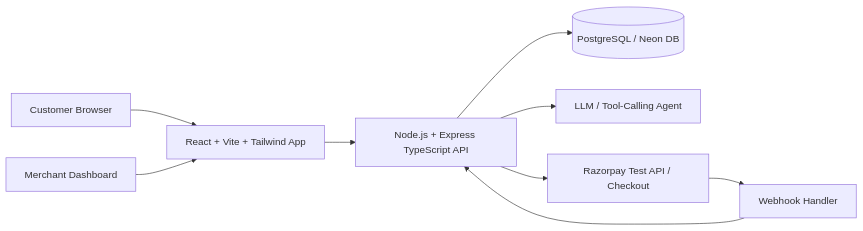
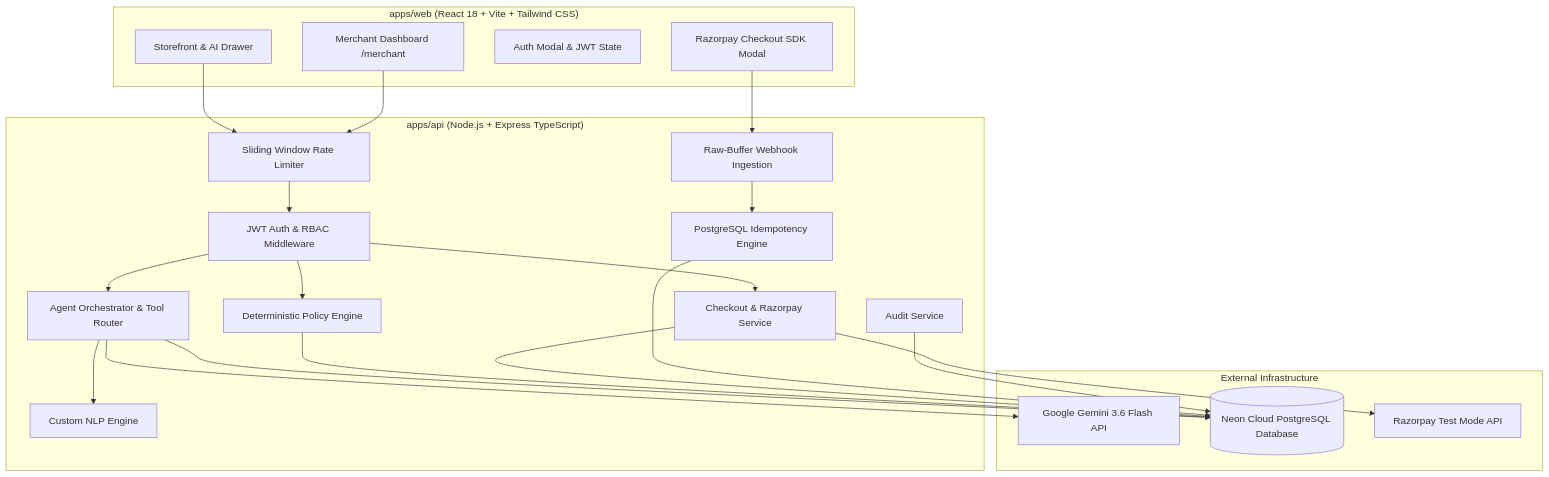
Before and after one commit to aadityathakre/paypilot-ai: the diagram in README.md, drawn with Mermaid. The commit also changed other lines of this file and 1 other file, not shown here.

Commit message:
docs(phase10): publish complete engineering documentation, API reference & release tag

````diff
--- a/README.md
+++ b/README.md
@@ -20,11 +84,44 @@
 ```mermaid
-flowchart LR
-    C[Customer Browser] --> WEB[React + Vite + Tailwind App]
-    M[Merchant Dashboard] --> WEB
-    WEB --> API[Node.js + Express TypeScript API]
-    API --> DB[(PostgreSQL / Neon DB)]
-    API --> AI[LLM / Tool-Calling Agent]
-    API --> RZP[Razorpay Test API / Checkout]
-    RZP --> WH[Webhook Handler]
-    WH --> API
+flowchart TD
+    subgraph Frontend["apps/web (React 18 + Vite + Tailwind CSS)"]
+        UI[Storefront & AI Drawer]
+        MDB[Merchant Dashboard /merchant]
+        AUTH[Auth Modal & JWT State]
+        RZP_SDK[Razorpay Checkout SDK Modal]
+    end
+
+    subgraph Backend["apps/api (Node.js + Express TypeScript)"]
+        RL[Sliding Window Rate Limiter]
+        JWT_MW[JWT Auth & RBAC Middleware]
+        AGENT[Agent Orchestrator & Tool Router]
+        NLP[Custom NLP Engine]
+        POL[Deterministic Policy Engine]
+        CHK[Checkout & Razorpay Service]
+        WH[Raw-Buffer Webhook Ingestion]
+        IDEM[PostgreSQL Idempotency Engine]
+        AUDIT[Audit Service]
+    end
+
+    subgraph External["External Infrastructure"]
+        GEMINI[Google Gemini 3.6 Flash API]
+        NEON[(Neon Cloud PostgreSQL Database)]
+        RZP_API[Razorpay Test Mode API]
+    end
+
+    UI --> RL
+    MDB --> RL
+    RL --> JWT_MW
+    JWT_MW --> AGENT
+    JWT_MW --> POL
+    JWT_MW --> CHK
+    AGENT --> NLP
+    AGENT --> GEMINI
+    AGENT --> NEON
+    POL --> NEON
+    CHK --> RZP_API
+    CHK --> NEON
+    RZP_SDK --> WH
+    WH --> IDEM
+    IDEM --> NEON
+    AUDIT --> NEON
 ```
````
